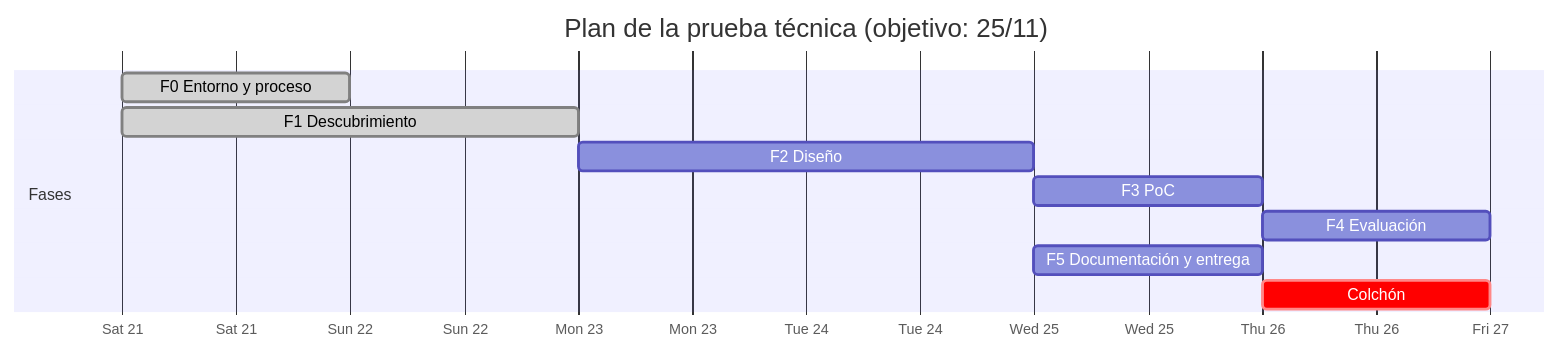
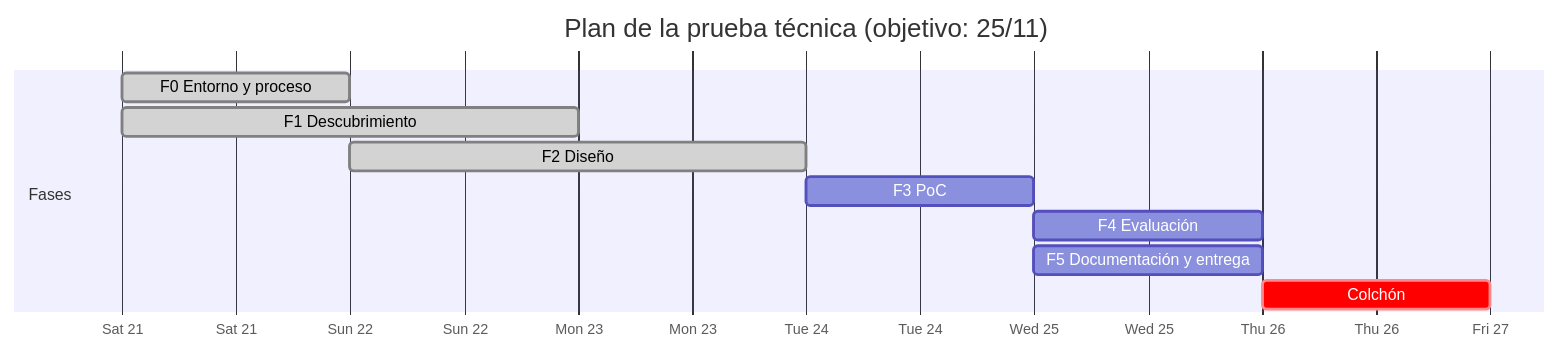
One commit to piglper/eshipping-ai-challenge changed the diagram in docs/PLAN.md. Above: the diagram before and after it, drawn with Mermaid. The commit also changed other lines of this file and 2 other files, not shown here.

````diff
--- a/docs/PLAN.md
+++ b/docs/PLAN.md
@@ -109,14 +109,14 @@
 ```mermaid
 gantt
     title Plan de la prueba técnica (objetivo: 25/11)
     dateFormat YYYY-MM-DD
     axisFormat %a %d
     section Fases
     F0 Entorno y proceso      :done,    f0, 2026-11-21, 1d
     F1 Descubrimiento         :done,    f1, 2026-11-21, 1.5d
-    F2 Diseño                 :         f2, 2026-11-23, 1.5d
+    F2 Diseño                 :done,    f2, 2026-11-22, 1.5d
     F3 PoC                    :         f3, after f2, 0.75d
     F4 Evaluación             :         f4, after f3, 0.5d
     F5 Documentación y entrega:         f5, 2026-11-25, 1d
     Colchón                   :crit,    b,  2026-11-26, 1d
 ```
````
